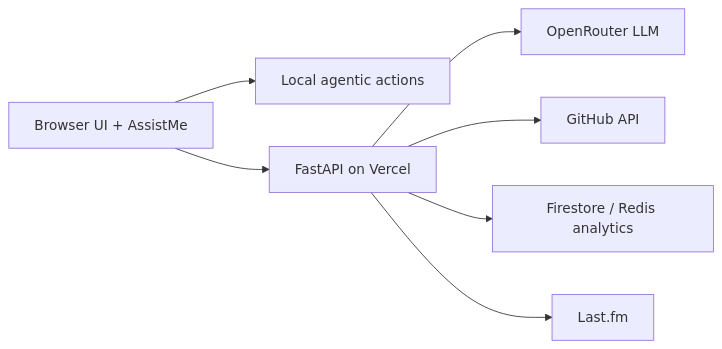
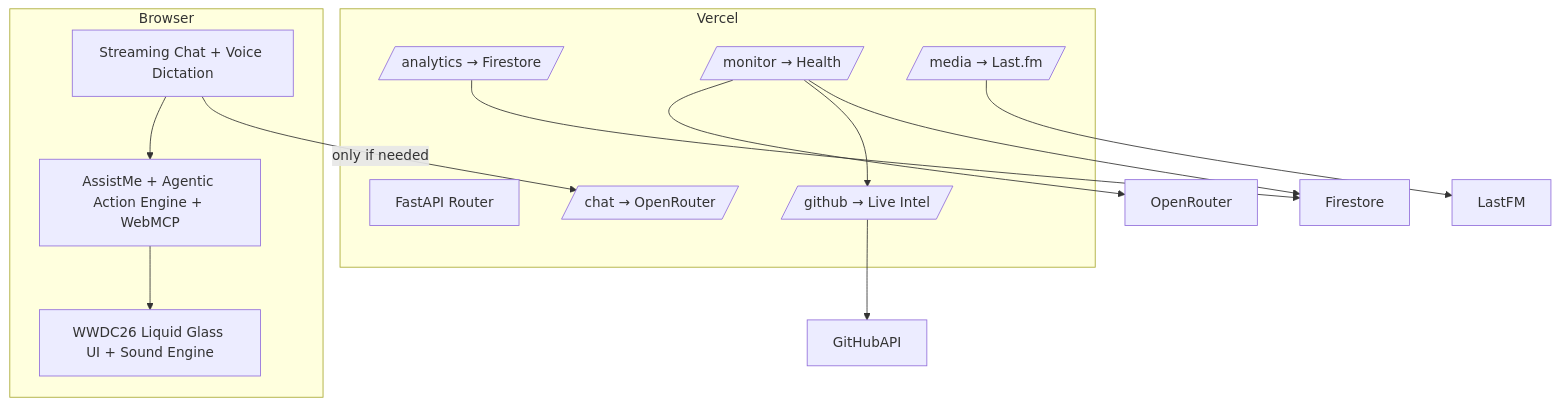
Before and after one commit to mangeshraut712/mangeshrautarchive: the diagram in README.md, drawn with Mermaid. The commit also changed other lines of this file and 22 other files, not shown here.

First line of the commit message:
feat: restore premium README and ship WWDC26 liquid glass theme.

````diff
--- a/README.md
+++ b/README.md
@@ -93,9 +280,25 @@
 ```mermaid
-flowchart LR
-  Browser[Browser UI + AssistMe] --> Local[Local agentic actions]
-  Browser --> API[FastAPI on Vercel]
-  API --> OpenRouter[OpenRouter LLM]
-  API --> GitHub[GitHub API]
-  API --> Firestore[Firestore / Redis analytics]
-  API --> LastFM[Last.fm]
+flowchart TD
+    subgraph Browser
+        UI[WWDC26 Liquid Glass UI + Sound Engine]
+        AssistMe[AssistMe + Agentic Action Engine + WebMCP]
+        Chat[Streaming Chat + Voice Dictation]
+    end
+
+    subgraph Vercel
+        FastAPI[FastAPI Router]
+        ChatAPI[/chat → OpenRouter/]
+        Analytics[/analytics → Firestore/]
+        GitHub[/github → Live Intel/]
+        Monitor[/monitor → Health/]
+        Media[/media → Last.fm/]
+    end
+
+    AssistMe --> UI
+    Chat --> AssistMe
+    Chat -- only if needed --> ChatAPI
+    Analytics --> Firestore
+    GitHub --> GitHubAPI
+    Monitor --> OpenRouter & GitHub & Firestore
+    Media --> LastFM
 ```
````
